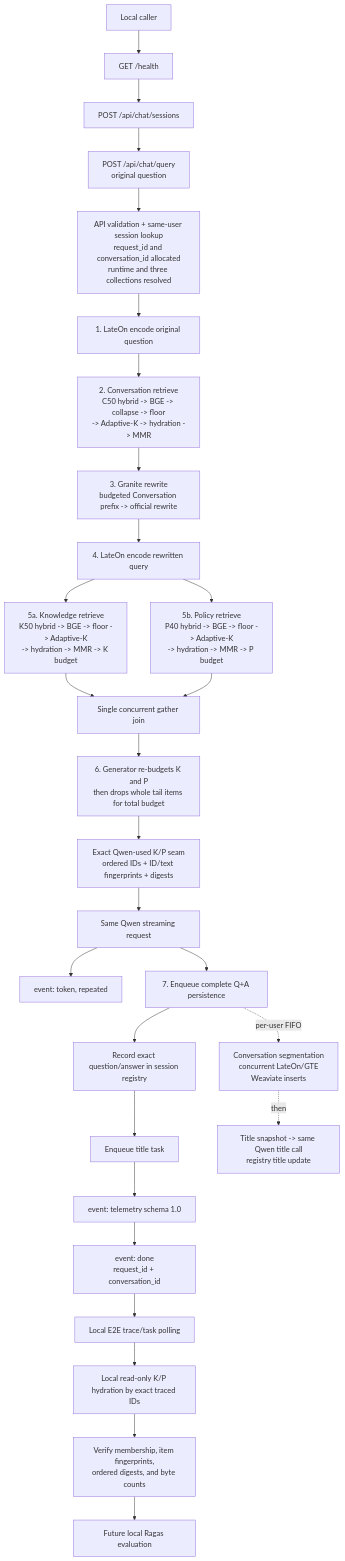
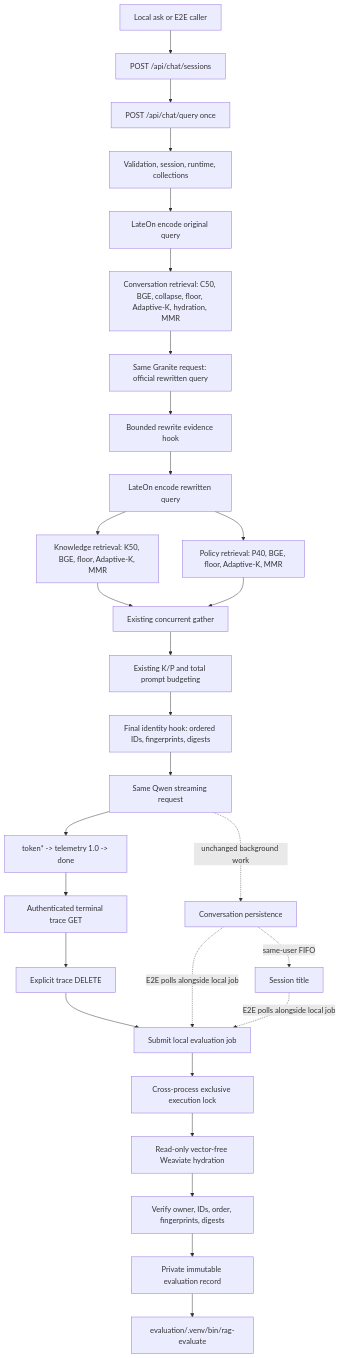
One commit to Dochikhoa2006/Multi-tenant-RAG-Application changed the diagram in evaluation/ARCHITECTURE_AUDIT.md. Above: the diagram before and after it, drawn with Mermaid. The commit also changed other lines of this file and 7 other files, not shown here.

````diff
--- a/evaluation/ARCHITECTURE_AUDIT.md
+++ b/evaluation/ARCHITECTURE_AUDIT.md
@@ -81,33 +73,31 @@
 ```mermaid
 flowchart TD
-    L[Local caller] --> H[GET /health]
-    H --> S[POST /api/chat/sessions]
-    S --> Q[POST /api/chat/query\noriginal question]
-    Q --> A[API validation + same-user session lookup\nrequest_id and conversation_id allocated\nruntime and three collections resolved]
-
-    A --> P1[1. LateOn encode original question]
-    P1 --> P2[2. Conversation retrieve\nC50 hybrid -> BGE -> collapse -> floor\n-> Adaptive-K -> hydration -> MMR]
-    P2 --> P3[3. Granite rewrite\nbudgeted Conversation prefix -> official rewrite]
-    P3 --> P4[4. LateOn encode rewritten query]
-    P4 --> FK[5a. Knowledge retrieve\nK50 hybrid -> BGE -> floor -> Adaptive-K\n-> hydration -> MMR -> K budget]
-    P4 --> FP[5b. Policy retrieve\nP40 hybrid -> BGE -> floor -> Adaptive-K\n-> hydration -> MMR -> P budget]
-    FK --> J[Single concurrent gather join]
-    FP --> J
-    J --> B[6. Generator re-budgets K and P\nthen drops whole tail items for total budget]
-    B --> E[Exact Qwen-used K/P seam\nordered IDs + ID/text fingerprints + digests]
-    E --> G[Same Qwen streaming request]
-    G --> T[event: token, repeated]
-    G --> P7[7. Enqueue complete Q+A persistence]
-    P7 --> R[Record exact question/answer in session registry]
-    R --> TE[Enqueue title task]
-    TE --> M[event: telemetry schema 1.0]
-    M --> D[event: done\nrequest_id + conversation_id]
-
-    P7 -. per-user FIFO .-> WP[Conversation segmentation\nconcurrent LateOn/GTE\nWeaviate inserts]
-    WP -. then .-> WT[Title snapshot -> same Qwen title call\nregistry title update]
-
-    D --> X[Local E2E trace/task polling]
-    X --> V[Local read-only K/P hydration by exact traced IDs]
-    V --> F[Verify membership, item fingerprints,\nordered digests, and byte counts]
-    F --> RE[Future local Ragas evaluation]
+    C[Local ask or E2E caller] --> S[POST /api/chat/sessions]
+    S --> Q[POST /api/chat/query once]
+    Q --> A[Validation, session, runtime, collections]
+    A --> O[LateOn encode original query]
+    O --> CR[Conversation retrieval: C50, BGE, collapse, floor, Adaptive-K, hydration, MMR]
+    CR --> G[Same Granite request: official rewritten query]
+    G --> W[Bounded rewrite evidence hook]
+    W --> R[LateOn encode rewritten query]
+    R --> K[Knowledge retrieval: K50, BGE, floor, Adaptive-K, MMR]
+    R --> P[Policy retrieval: P40, BGE, floor, Adaptive-K, MMR]
+    K --> J[Existing concurrent gather]
+    P --> J
+    J --> B[Existing K/P and total prompt budgeting]
+    B --> I[Final identity hook: ordered IDs, fingerprints, digests]
+    I --> X[Same Qwen streaming request]
+    X --> T[token* -> telemetry 1.0 -> done]
+    X -. unchanged background work .-> CP[Conversation persistence]
+    CP -. same-user FIFO .-> ST[Session title]
+    T --> EGET[Authenticated terminal trace GET]
+    EGET --> EDEL[Explicit trace DELETE]
+    EDEL --> SUB[Submit local evaluation job]
+    SUB --> LOCK[Cross-process exclusive execution lock]
+    LOCK --> HY[Read-only vector-free Weaviate hydration]
+    HY --> VERIFY[Verify owner, IDs, order, fingerprints, digests]
+    VERIFY --> REC[Private immutable evaluation record]
+    REC --> EV[evaluation/.venv/bin/rag-evaluate]
+    CP -. E2E polls alongside local job .-> SUB
+    ST -. E2E polls alongside local job .-> SUB
 ```
````
